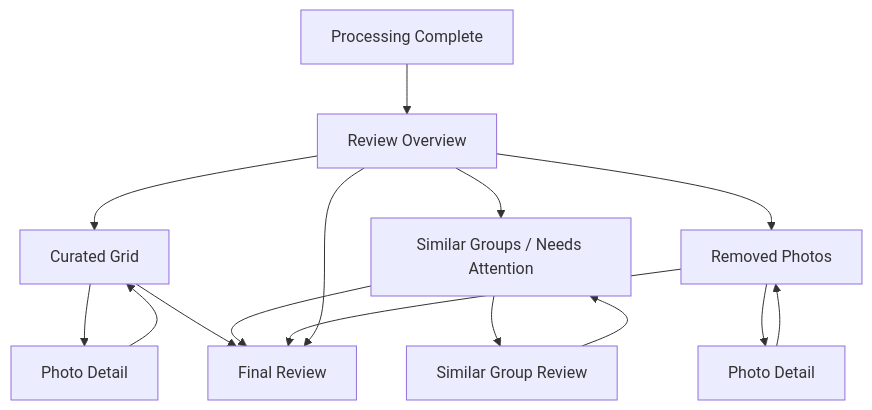
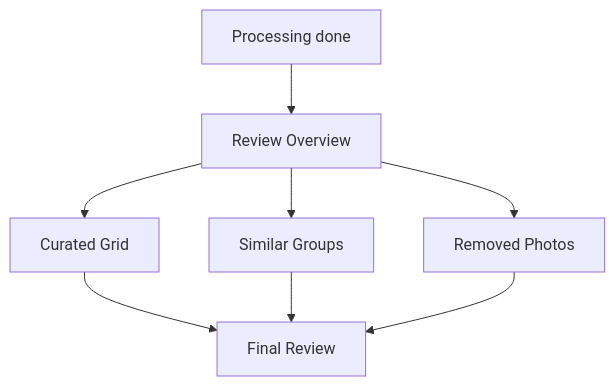
The third of 4 diagrams in docs/product/02-ux-flows.md (tungxuan1656/photo-curator), drawn with Mermaid before and after one commit. The commit also changed other lines of this file and 14 other files, not shown here.

````diff
--- a/docs/product/02-ux-flows.md
+++ b/docs/product/02-ux-flows.md
@@ -937,20 +411,10 @@
 ```mermaid
 flowchart TD
-    A[Processing Complete] --> B[Review Overview]
+    A[Processing done] --> B[Review Overview]
     B --> C[Curated Grid]
-    B --> D[Similar Groups / Needs Attention]
+    B --> D[Similar Groups]
     B --> E[Removed Photos]
-
-    C --> F[Photo Detail]
-    D --> G[Similar Group Review]
-    E --> H[Photo Detail]
-
-    F --> C
-    G --> D
-    H --> E
-
-    C --> I[Final Review]
-    D --> I
-    E --> I
-    B --> I
+    C --> F[Final Review]
+    D --> F
+    E --> F
 ```
````
